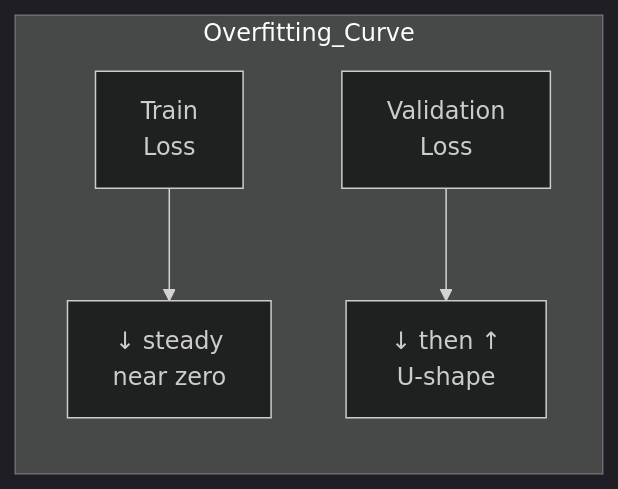
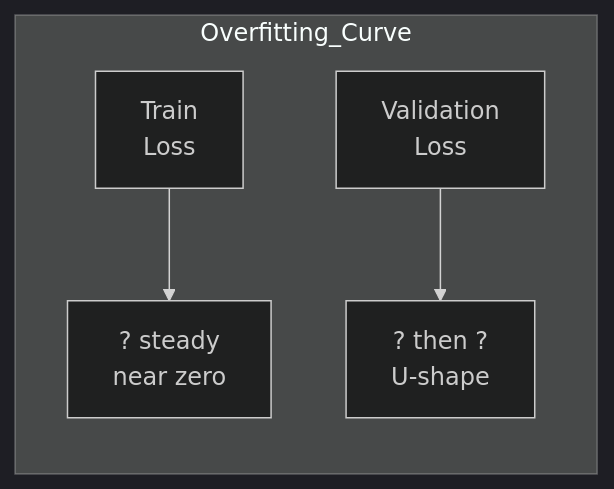
The tenth of 10 diagrams in docs/courses/machine-learning/07-neural-networks.md (Raushan666java/ai-engineering-journey), drawn with Mermaid (dark theme) before and after one commit. The commit also changed other lines of this file and 790 other files, not shown here.

Commit message:
Sync all course diagram renders and content updates

````diff
--- a/docs/courses/machine-learning/07-neural-networks.md
+++ b/docs/courses/machine-learning/07-neural-networks.md
@@ -732,8 +732,8 @@
 ```mermaid
 graph LR
     subgraph Overfitting_Curve
         direction TB
-        TL["Train<br/>Loss"] --> TLD["↓ steady<br/>near zero"]
-        VL["Validation<br/>Loss"] --> VLD["↓ then ↑<br/>U-shape"]
+        TL["Train<br/>Loss"] --> TLD["? steady<br/>near zero"]
+        VL["Validation<br/>Loss"] --> VLD["? then ?<br/>U-shape"]
     end
 ```
````
